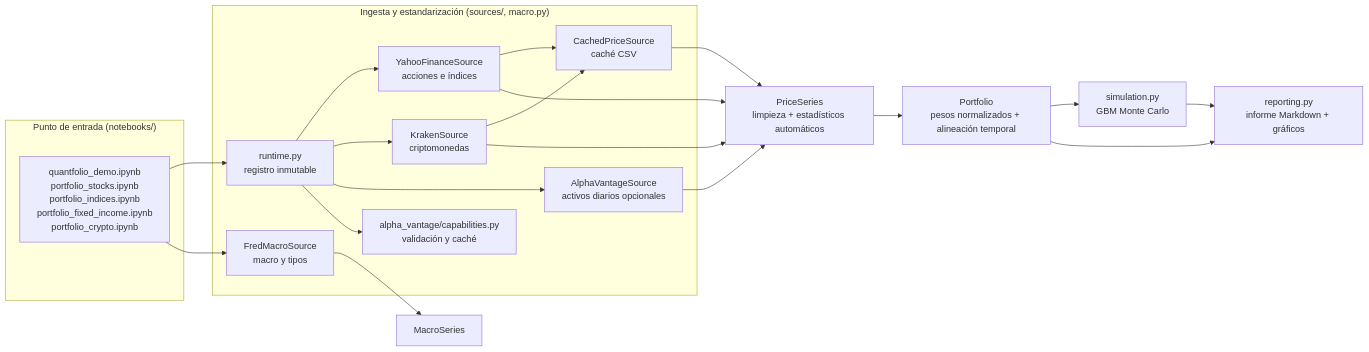
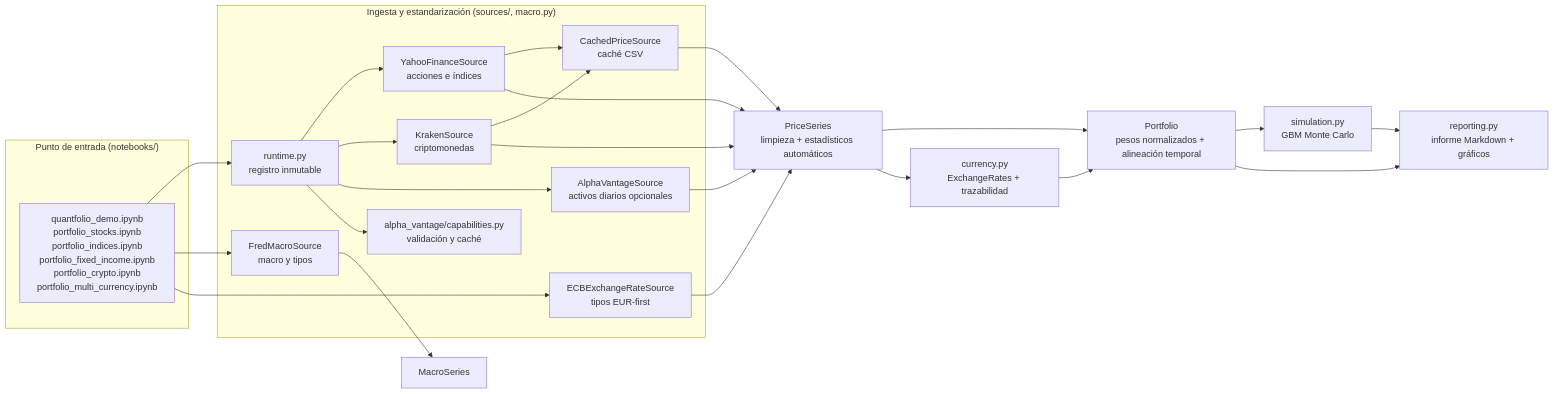
One commit to alejandroperezpujante/quantfolio changed the second of 2 diagrams in docs/architecture.md. Above: the diagram before and after it, drawn with Mermaid. The commit also changed other lines of this file and 28 other files, not shown here.

First line of the commit message:
Add currency-aware portfolio analysis (#41)

````diff
--- a/docs/architecture.md
+++ b/docs/architecture.md
@@ -141,40 +173,46 @@
 ```mermaid
 flowchart LR
     subgraph entrypoint["Punto de entrada (notebooks/)"]
-        NB["quantfolio_demo.ipynb<br/>portfolio_stocks.ipynb<br/>portfolio_indices.ipynb<br/>portfolio_fixed_income.ipynb<br/>portfolio_crypto.ipynb"]
+        NB["quantfolio_demo.ipynb<br/>portfolio_stocks.ipynb<br/>portfolio_indices.ipynb<br/>portfolio_fixed_income.ipynb<br/>portfolio_crypto.ipynb<br/>portfolio_multi_currency.ipynb"]
     end
 
     subgraph ingestion["Ingesta y estandarización (sources/, macro.py)"]
         YF["YahooFinanceSource<br/>acciones e índices"]
         KR["KrakenSource<br/>criptomonedas"]
+        ECB["ECBExchangeRateSource<br/>tipos EUR-first"]
         AV["AlphaVantageSource<br/>activos diarios opcionales"]
         RT["runtime.py<br/>registro inmutable"]
         CP["alpha_vantage/capabilities.py<br/>validación y caché"]
         CA["CachedPriceSource<br/>caché CSV"]
         FR["FredMacroSource<br/>macro y tipos"]
     end
 
     PS["PriceSeries<br/>limpieza + estadísticos automáticos"]
+    ER["currency.py<br/>ExchangeRates + trazabilidad"]
     MS["MacroSeries"]
     PF["Portfolio<br/>pesos normalizados + alineación temporal"]
     MC["simulation.py<br/>GBM Monte Carlo"]
     RP["reporting.py<br/>informe Markdown + gráficos"]
 
     NB --> RT
     RT --> YF
     RT --> KR
     RT --> AV
     RT --> CP
     NB --> FR
+    NB --> ECB
     YF --> CA
     KR --> CA
     YF --> PS
     KR --> PS
+    ECB --> PS
     AV --> PS
     CA --> PS
     FR --> MS
     PS --> PF
+    PS --> ER
+    ER --> PF
     PF --> MC
     PF --> RP
     MC --> RP
 ```
````
